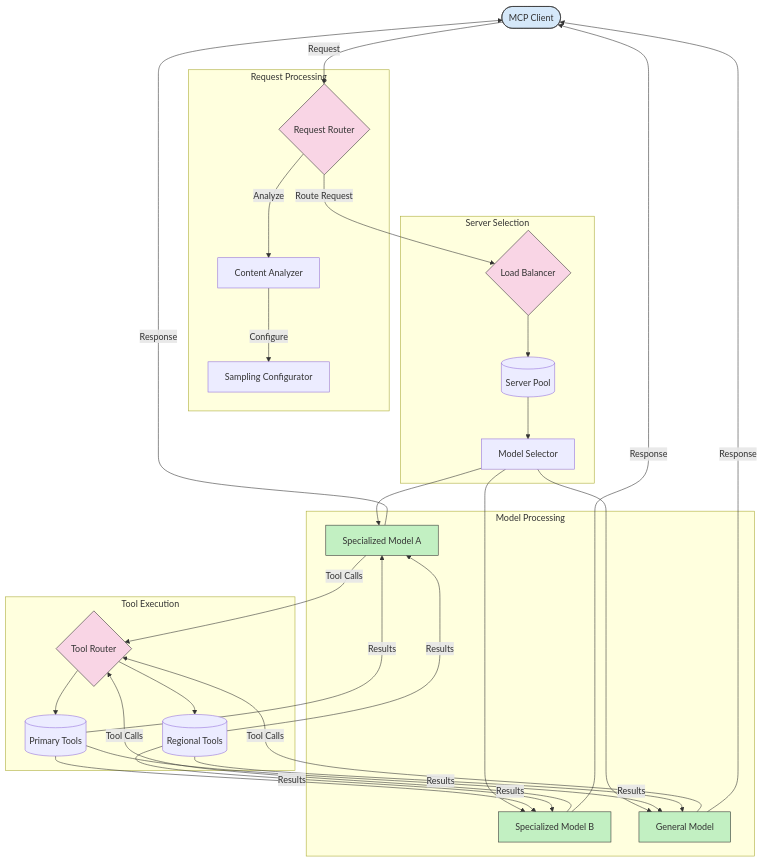
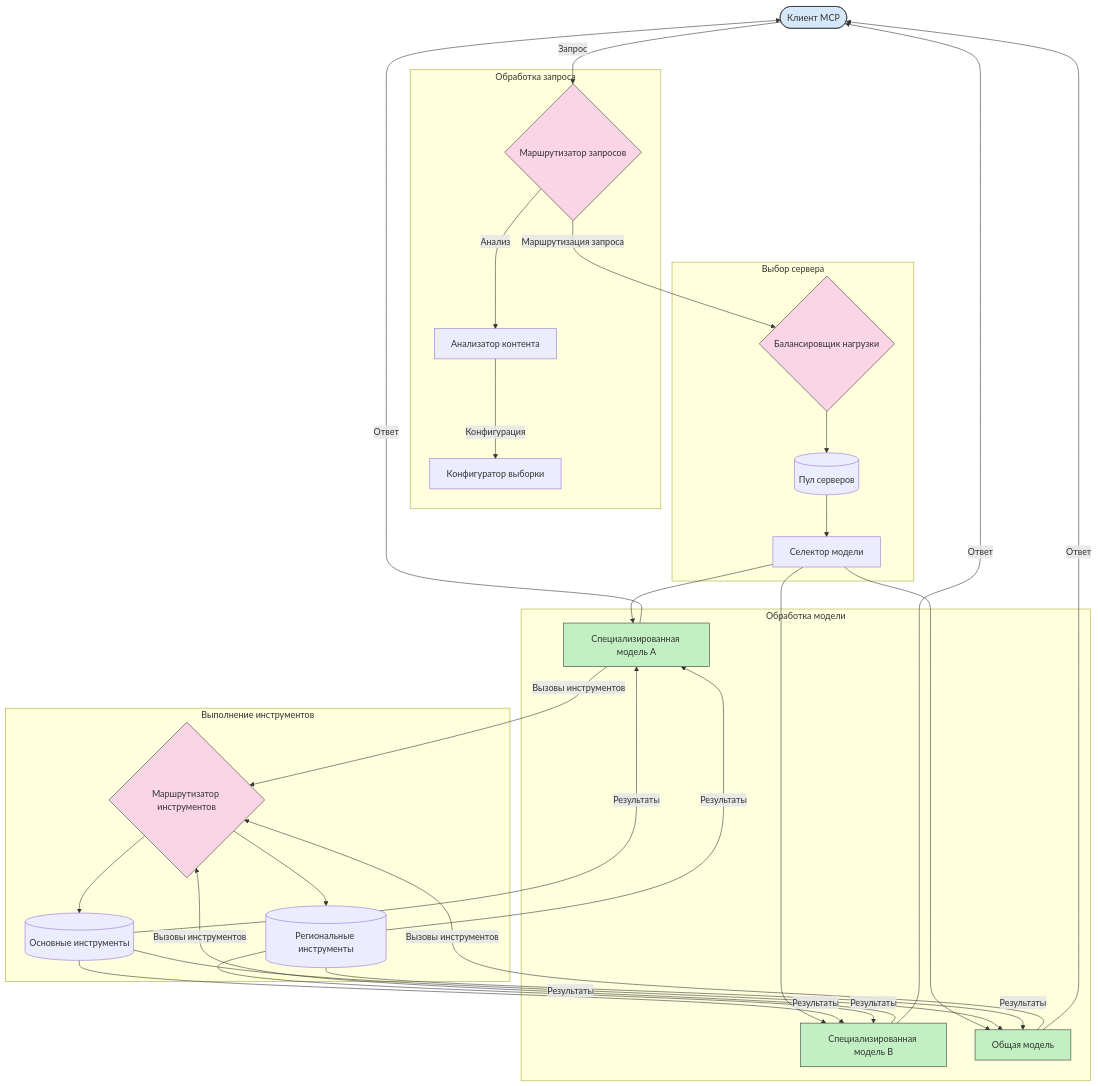
Before and after one commit to HIDORAKAI002/ai-workspace-archive: the diagram in mcp_ecosystem__model_context_protocol/mcp_learning_resources/mcp-for-beginners/translations/ru/05-AdvancedTopics/mcp-routing/README.md, drawn with Mermaid. The commit also changed other lines of this file and 1046 other files, not shown here.

````diff
--- a/mcp_ecosystem__model_context_protocol/mcp_learning_resources/mcp-for-beginners/translations/ru/05-AdvancedTopics/mcp-routing/README.md
+++ b/mcp_ecosystem__model_context_protocol/mcp_learning_resources/mcp-for-beginners/translations/ru/05-AdvancedTopics/mcp-routing/README.md
@@ -9,64 +399,64 @@
 ```mermaid
 flowchart TB
-    Client([MCP Client])
+    Client([Клиент MCP])
     
-    subgraph "Request Processing"
-        Router{Request Router}
-        Analyzer[Content Analyzer]
-        Sampler[Sampling Configurator]
+    subgraph "Обработка запроса"
+        Router{Маршрутизатор запросов}
+        Analyzer[Анализатор контента]
+        Sampler[Конфигуратор выборки]
     end
     
-    subgraph "Server Selection"
-        LoadBalancer{Load Balancer}
-        ModelSelector[Model Selector]
-        ServerPool[(Server Pool)]
+    subgraph "Выбор сервера"
+        LoadBalancer{Балансировщик нагрузки}
+        ModelSelector[Селектор модели]
+        ServerPool[(Пул серверов)]
     end
     
-    subgraph "Model Processing"
-        ModelA[Specialized Model A]
-        ModelB[Specialized Model B]
-        ModelC[General Model]
+    subgraph "Обработка модели"
+        ModelA[Специализированная модель A]
+        ModelB[Специализированная модель B]
+        ModelC[Общая модель]
     end
     
-    subgraph "Tool Execution"
-        ToolRouter{Tool Router}
-        ToolRegistryA[(Primary Tools)]
-        ToolRegistryB[(Regional Tools)]
+    subgraph "Выполнение инструментов"
+        ToolRouter{Маршрутизатор инструментов}
+        ToolRegistryA[(Основные инструменты)]
+        ToolRegistryB[(Региональные инструменты)]
     end
     
-    Client -->|Request| Router
-    Router -->|Analyze| Analyzer
-    Analyzer -->|Configure| Sampler
-    Router -->|Route Request| LoadBalancer
+    Client -->|Запрос| Router
+    Router -->|Анализ| Analyzer
+    Analyzer -->|Конфигурация| Sampler
+    Router -->|Маршрутизация запроса| LoadBalancer
     LoadBalancer --> ServerPool
     ServerPool --> ModelSelector
     ModelSelector --> ModelA
     ModelSelector --> ModelB
     ModelSelector --> ModelC
     
-    ModelA -->|Tool Calls| ToolRouter
-    ModelB -->|Tool Calls| ToolRouter
-    ModelC -->|Tool Calls| ToolRouter
+    ModelA -->|Вызовы инструментов| ToolRouter
+    ModelB -->|Вызовы инструментов| ToolRouter
+    ModelC -->|Вызовы инструментов| ToolRouter
     
     ToolRouter --> ToolRegistryA
     ToolRouter --> ToolRegistryB
     
-    ToolRegistryA -->|Results| ModelA
-    ToolRegistryA -->|Results| ModelB
-    ToolRegistryA -->|Results| ModelC
-    ToolRegistryB -->|Results| ModelA
-    ToolRegistryB -->|Results| ModelB
-    ToolRegistryB -->|Results| ModelC
+    ToolRegistryA -->|Результаты| ModelA
+    ToolRegistryA -->|Результаты| ModelB
+    ToolRegistryA -->|Результаты| ModelC
+    ToolRegistryB -->|Результаты| ModelA
+    ToolRegistryB -->|Результаты| ModelB
+    ToolRegistryB -->|Результаты| ModelC
     
-    ModelA -->|Response| Client
-    ModelB -->|Response| Client
-    ModelC -->|Response| Client
+    ModelA -->|Ответ| Client
+    ModelB -->|Ответ| Client
+    ModelC -->|Ответ| Client
     
     style Client fill:#d5e8f9,stroke:#333
     style Router fill:#f9d5e5,stroke:#333
     style LoadBalancer fill:#f9d5e5,stroke:#333
     style ToolRouter fill:#f9d5e5,stroke:#333
     style ModelA fill:#c2f0c2,stroke:#333
     style ModelB fill:#c2f0c2,stroke:#333
     style ModelC fill:#c2f0c2,stroke:#333
 ```
````
